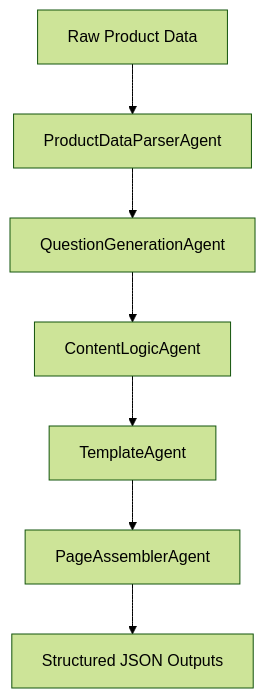
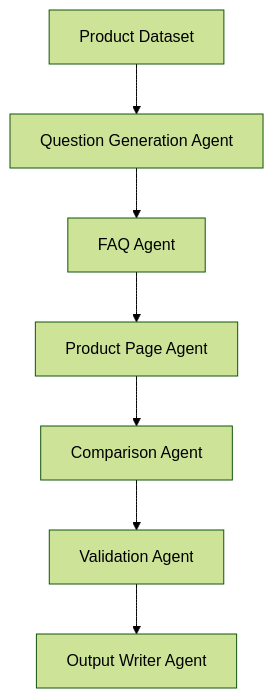
One commit to CodeWizarz/kasparro-agentic-balaraju-m changed the diagram in README.md. Above: the diagram before and after it, drawn with Mermaid (forest theme). The commit also changed other lines of this file and 53 other files, not shown here.

Commit message:
Fix FAQ generation to meet 15+ non-deterministic requirement and strict data constraints

`````diff
--- a/README.md
+++ b/README.md
@@ -35,10 +34,9 @@
 ```mermaid
 graph TD
-    A[Raw Product Data] --> B[ProductDataParserAgent]
-    B --> C[QuestionGenerationAgent]
-    C --> D[ContentLogicAgent]
-    D --> E[TemplateAgent]
-    E --> F[PageAssemblerAgent]
-    F --> G[Structured JSON Outputs]
-
-```
+    Input[Product Dataset] --> QGen[Question Generation Agent]
+    QGen --> FAQ[FAQ Agent]
+    FAQ --> Product[Product Page Agent]
+    Product --> Compare[Comparison Agent]
+    Compare --> Validate[Validation Agent]
+    Validate --> Output[Output Writer Agent]
+````
`````
